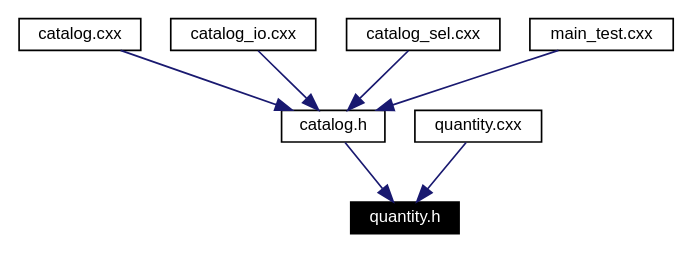
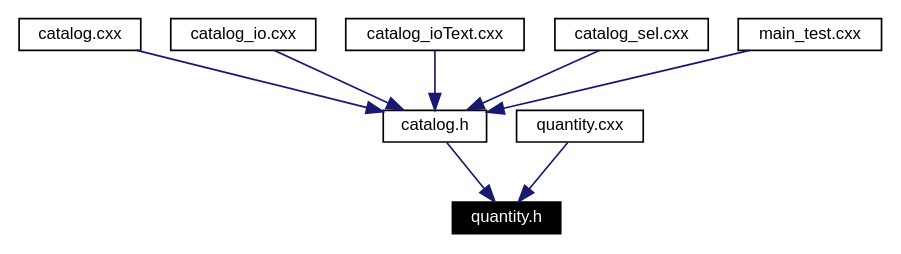
The diagram in doc/doxy-html/quantity_8h__dep__incl.dot (fermi-lat/catalogAccess), drawn with Graphviz before and after one commit. The commit also changed 55 other files, not shown here.

```diff
--- a/doc/doxy-html/quantity_8h__dep__incl.dot
+++ b/doc/doxy-html/quantity_8h__dep__incl.dot
@@ -1,16 +1,18 @@
 digraph inheritance
 {
-  Node84 [shape="box",label="quantity.h",fontsize=10,height=0.2,width=0.4,fontname="Helvetica",color="black",style="filled" fontcolor="white"];
-  Node85 -> Node84 [color="midnightblue",fontsize=10,style="solid",fontname="Helvetica"];
-  Node85 [shape="box",label="catalog.h",fontsize=10,height=0.2,width=0.4,fontname="Helvetica",color="black",URL="$catalog_8h.html"];
-  Node86 -> Node85 [color="midnightblue",fontsize=10,style="solid",fontname="Helvetica"];
-  Node86 [shape="box",label="catalog.cxx",fontsize=10,height=0.2,width=0.4,fontname="Helvetica",color="black",URL="$catalog_8cxx.html"];
-  Node87 -> Node85 [color="midnightblue",fontsize=10,style="solid",fontname="Helvetica"];
-  Node87 [shape="box",label="catalog_io.cxx",fontsize=10,height=0.2,width=0.4,fontname="Helvetica",color="black",URL="$catalog__io_8cxx.html"];
-  Node88 -> Node85 [color="midnightblue",fontsize=10,style="solid",fontname="Helvetica"];
-  Node88 [shape="box",label="catalog_sel.cxx",fontsize=10,height=0.2,width=0.4,fontname="Helvetica",color="black",URL="$catalog__sel_8cxx.html"];
-  Node89 -> Node85 [color="midnightblue",fontsize=10,style="solid",fontname="Helvetica"];
-  Node89 [shape="box",label="main_test.cxx",fontsize=10,height=0.2,width=0.4,fontname="Helvetica",color="black",URL="$main__test_8cxx.html"];
-  Node90 -> Node84 [color="midnightblue",fontsize=10,style="solid",fontname="Helvetica"];
-  Node90 [shape="box",label="quantity.cxx",fontsize=10,height=0.2,width=0.4,fontname="Helvetica",color="black",URL="$quantity_8cxx.html"];
+  Node103 [shape="box",label="quantity.h",fontsize=10,height=0.2,width=0.4,fontname="Helvetica",color="black",style="filled" fontcolor="white"];
+  Node104 -> Node103 [color="midnightblue",fontsize=10,style="solid",fontname="Helvetica"];
+  Node104 [shape="box",label="catalog.h",fontsize=10,height=0.2,width=0.4,fontname="Helvetica",color="black",URL="$catalog_8h.html"];
+  Node105 -> Node104 [color="midnightblue",fontsize=10,style="solid",fontname="Helvetica"];
+  Node105 [shape="box",label="catalog.cxx",fontsize=10,height=0.2,width=0.4,fontname="Helvetica",color="black",URL="$catalog_8cxx.html"];
+  Node106 -> Node104 [color="midnightblue",fontsize=10,style="solid",fontname="Helvetica"];
+  Node106 [shape="box",label="catalog_io.cxx",fontsize=10,height=0.2,width=0.4,fontname="Helvetica",color="black",URL="$catalog__io_8cxx.html"];
+  Node107 -> Node104 [color="midnightblue",fontsize=10,style="solid",fontname="Helvetica"];
+  Node107 [shape="box",label="catalog_ioText.cxx",fontsize=10,height=0.2,width=0.4,fontname="Helvetica",color="black",URL="$catalog__io_text_8cxx.html"];
+  Node108 -> Node104 [color="midnightblue",fontsize=10,style="solid",fontname="Helvetica"];
+  Node108 [shape="box",label="catalog_sel.cxx",fontsize=10,height=0.2,width=0.4,fontname="Helvetica",color="black",URL="$catalog__sel_8cxx.html"];
+  Node109 -> Node104 [color="midnightblue",fontsize=10,style="solid",fontname="Helvetica"];
+  Node109 [shape="box",label="main_test.cxx",fontsize=10,height=0.2,width=0.4,fontname="Helvetica",color="black",URL="$main__test_8cxx.html"];
+  Node110 -> Node103 [color="midnightblue",fontsize=10,style="solid",fontname="Helvetica"];
+  Node110 [shape="box",label="quantity.cxx",fontsize=10,height=0.2,width=0.4,fontname="Helvetica",color="black",URL="$quantity_8cxx.html"];
 }
```
